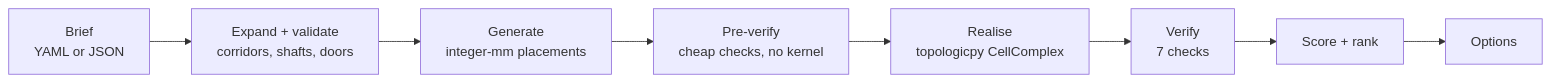
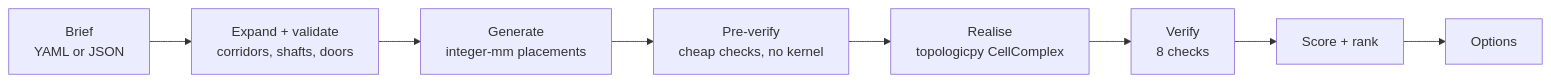
The second of 2 diagrams in README.md (Adventurous-Systems/spacetope), drawn with Mermaid before and after one commit. The commit also changed other lines of this file and 29 other files, not shown here.

````diff
--- a/README.md
+++ b/README.md
@@ -55,10 +55,10 @@
 ```mermaid
 flowchart LR
   A[Brief<br/>YAML or JSON] --> B[Expand + validate<br/>corridors, shafts, doors]
   B --> C[Generate<br/>integer-mm placements]
   C --> D[Pre-verify<br/>cheap checks, no kernel]
   D --> E[Realise<br/>topologicpy CellComplex]
-  E --> F[Verify<br/>7 checks]
+  E --> F[Verify<br/>8 checks]
   F --> G[Score + rank]
   G --> H[Options]
 ```
````
